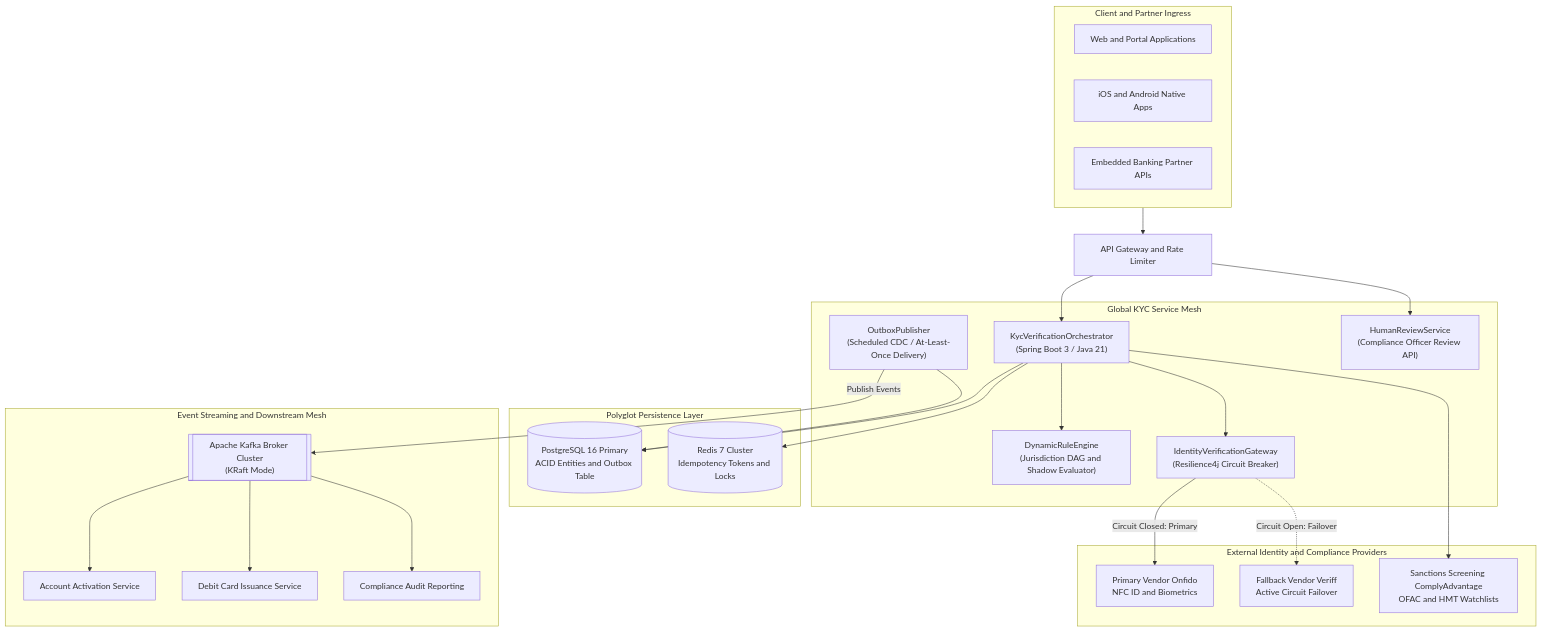
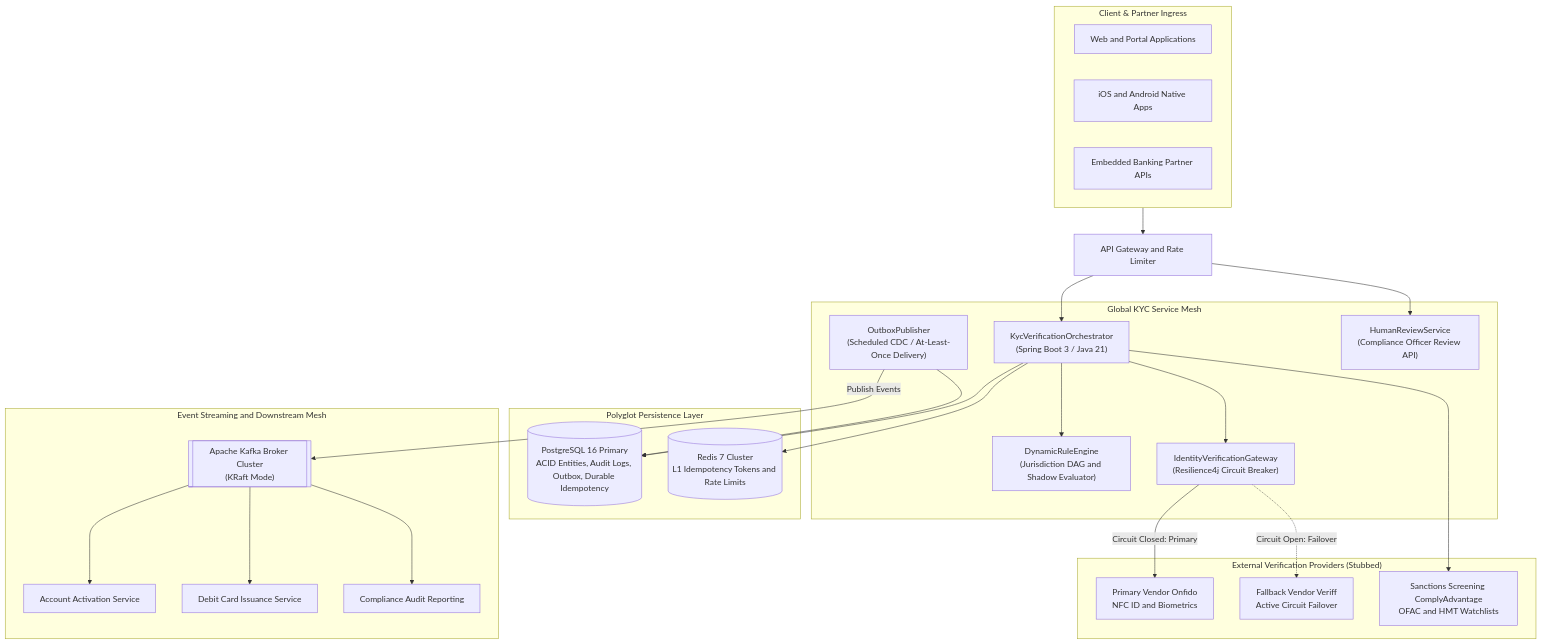
The first of 3 diagrams in ARCHITECTURE.md (snehanathani/global-kyc-onboarding-platform), drawn with Mermaid before and after one commit. The commit also changed other lines of this file and 10 other files, not shown here.

````diff
--- a/ARCHITECTURE.md
+++ b/ARCHITECTURE.md
@@ -22,56 +21,56 @@
 ```mermaid
 flowchart TD
-    subgraph ClientLayer["Client and Partner Ingress"]
+    subgraph ClientLayer["Client & Partner Ingress"]
         Web["Web and Portal Applications"]
         Mobile["iOS and Android Native Apps"]
         B2B["Embedded Banking Partner APIs"]
     end
 
     Gateway["API Gateway and Rate Limiter"]
     ClientLayer --> Gateway
 
     subgraph ServiceMesh["Global KYC Service Mesh"]
         Orchestrator["KycVerificationOrchestrator<br/>(Spring Boot 3 / Java 21)"]
         RuleEngine["DynamicRuleEngine<br/>(Jurisdiction DAG and Shadow Evaluator)"]
         ResilienceGw["IdentityVerificationGateway<br/>(Resilience4j Circuit Breaker)"]
         OutboxWorker["OutboxPublisher<br/>(Scheduled CDC / At-Least-Once Delivery)"]
         AgentTooling["HumanReviewService<br/>(Compliance Officer Review API)"]
     end
 
     Gateway --> Orchestrator
     Gateway --> AgentTooling
 
     Orchestrator --> RuleEngine
     Orchestrator --> ResilienceGw
 
     subgraph DataPersistence["Polyglot Persistence Layer"]
-        Postgres[("PostgreSQL 16 Primary<br/>ACID Entities and Outbox Table")]
-        RedisCache[("Redis 7 Cluster<br/>Idempotency Tokens and Locks")]
+        Postgres[("PostgreSQL 16 Primary<br/>ACID Entities, Audit Logs, Outbox, Durable Idempotency")]
+        RedisCache[("Redis 7 Cluster<br/>L1 Idempotency Tokens and Rate Limits")]
     end
 
     Orchestrator --> Postgres
     Orchestrator --> RedisCache
     OutboxWorker --> Postgres
 
-    subgraph ExternalVendors["External Identity and Compliance Providers"]
+    subgraph ExternalVendors["External Verification Providers (Stubbed)"]
         PrimaryVendor["Primary Vendor Onfido<br/>NFC ID and Biometrics"]
         FallbackVendor["Fallback Vendor Veriff<br/>Active Circuit Failover"]
         SanctionsVendor["Sanctions Screening ComplyAdvantage<br/>OFAC and HMT Watchlists"]
     end
 
     ResilienceGw -->|"Circuit Closed: Primary"| PrimaryVendor
     ResilienceGw -.->|"Circuit Open: Failover"| FallbackVendor
     Orchestrator --> SanctionsVendor
 
     subgraph StreamingEcosystem["Event Streaming and Downstream Mesh"]
         KafkaBus[["Apache Kafka Broker Cluster<br/>(KRaft Mode)"]]
         Downstream1["Account Activation Service"]
         Downstream2["Debit Card Issuance Service"]
         Downstream3["Compliance Audit Reporting"]
     end
 
     OutboxWorker -->|"Publish Events"| KafkaBus
     KafkaBus --> Downstream1
     KafkaBus --> Downstream2
     KafkaBus --> Downstream3
 ```
````
